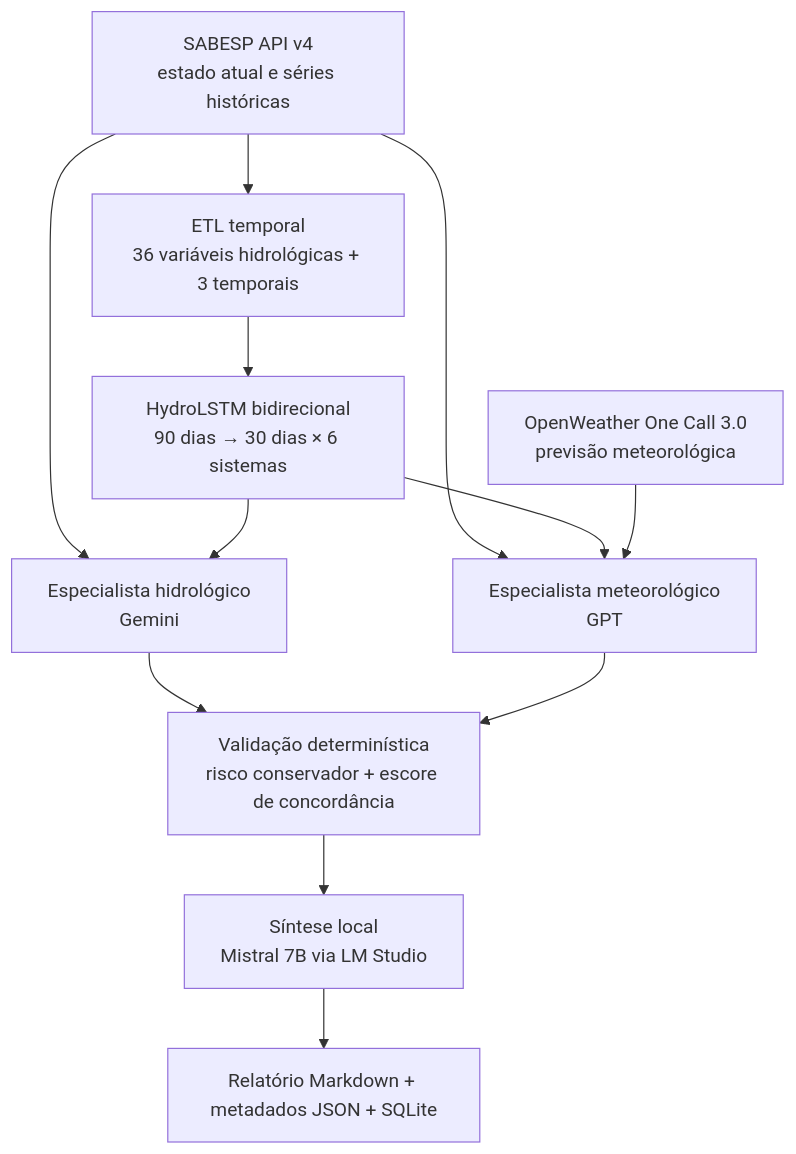
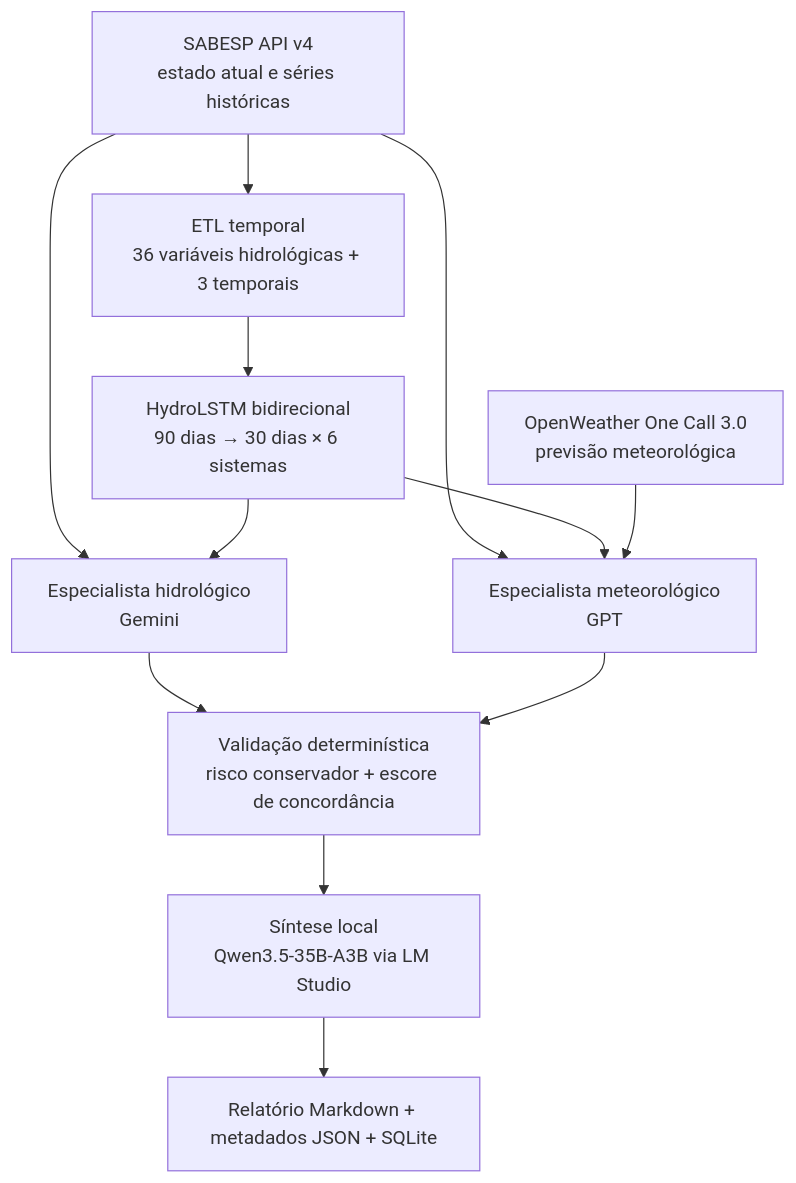
The diagram in README.md (enoquesousa/hydraia), drawn with Mermaid before and after one commit. The commit also changed other lines of this file and 17 other files, not shown here.

````diff
--- a/README.md
+++ b/README.md
@@ -20,22 +20,22 @@
 ```mermaid
 flowchart TB
     SABESP["SABESP API v4<br/>estado atual e séries históricas"]
     WEATHER["OpenWeather One Call 3.0<br/>previsão meteorológica"]
     ETL["ETL temporal<br/>36 variáveis hidrológicas + 3 temporais"]
     LSTM["HydroLSTM bidirecional<br/>90 dias → 30 dias × 6 sistemas"]
     H["Especialista hidrológico<br/>Gemini"]
     M["Especialista meteorológico<br/>GPT"]
     CV["Validação determinística<br/>risco conservador + escore de concordância"]
-    S["Síntese local<br/>Mistral 7B via LM Studio"]
+    S["Síntese local<br/>Qwen3.5-35B-A3B via LM Studio"]
     OUT["Relatório Markdown + metadados JSON + SQLite"]
 
     SABESP --> ETL --> LSTM
     SABESP --> H
     LSTM --> H
     SABESP --> M
     LSTM --> M
     WEATHER --> M
     H --> CV
     M --> CV
     CV --> S --> OUT
 ```
````
